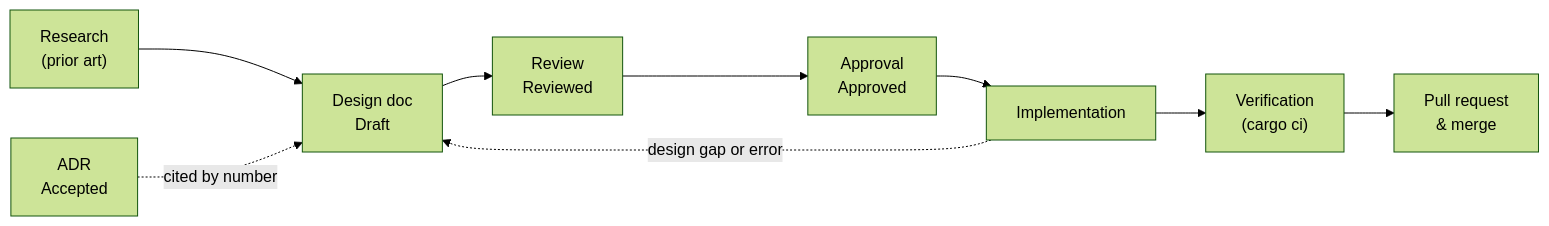
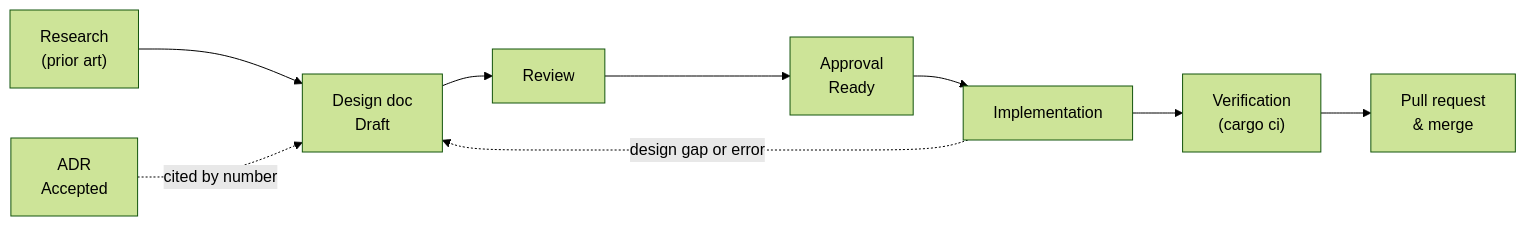
Before and after one commit to Dyse-Industries/control-rs: the diagram in CONTRIBUTING.md, drawn with Mermaid (forest theme). The commit also changed other lines of this file and 1 other file, not shown here.

````diff
--- a/CONTRIBUTING.md
+++ b/CONTRIBUTING.md
@@ -20,11 +20,11 @@
 ```mermaid
 flowchart LR
     R["Research<br/>(prior art)"] --> D["Design doc<br/>Draft"]
-    D --> V["Review<br/>Reviewed"]
-    V --> A["Approval<br/>Approved"]
+    D --> V["Review"]
+    V --> A["Approval<br/>Ready"]
     A --> I["Implementation"]
     I --> Q["Verification<br/>(cargo ci)"]
     Q --> M["Pull request<br/>& merge"]
     I -. "design gap or error" .-> D
     X["ADR<br/>Accepted"] -. "cited by number" .-> D
 ```
````
